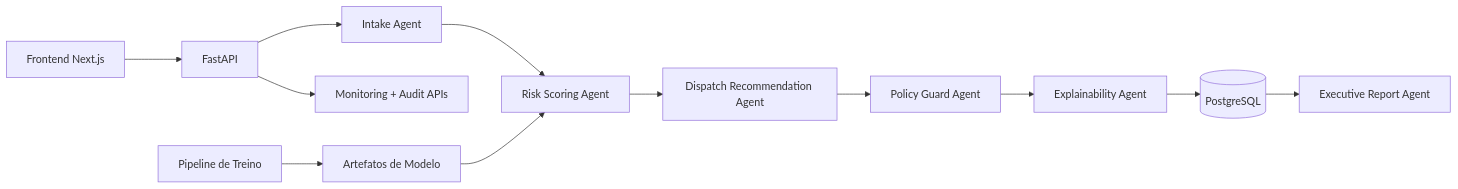
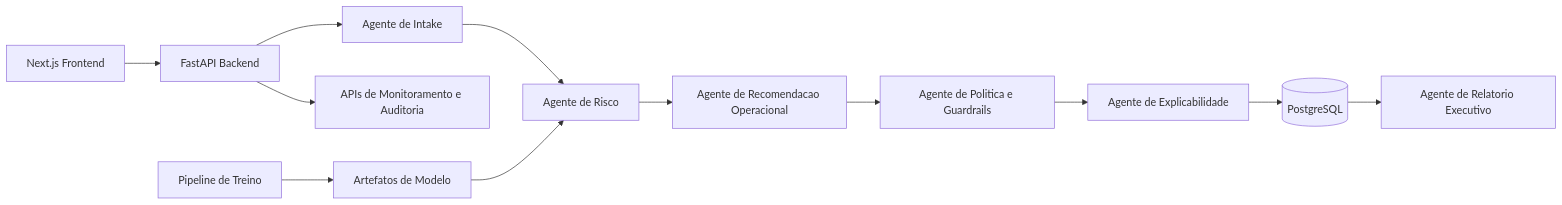
The diagram in README.md (murylomarques/FieldOps-Sentinel-AI), drawn with Mermaid before and after one commit. The commit also changed other lines of this file and 3 other files, not shown here.

````diff
--- a/README.md
+++ b/README.md
@@ -28,14 +33,14 @@
 ```mermaid
 flowchart LR
-  UI[Frontend Next.js] --> API[FastAPI]
-  API --> IA[Intake Agent]
-  IA --> RS[Risk Scoring Agent]
-  RS --> DR[Dispatch Recommendation Agent]
-  DR --> PG[Policy Guard Agent]
-  PG --> EX[Explainability Agent]
+  UI[Next.js Frontend] --> API[FastAPI Backend]
+  API --> IA[Agente de Intake]
+  IA --> RS[Agente de Risco]
+  RS --> DR[Agente de Recomendacao Operacional]
+  DR --> PG[Agente de Politica e Guardrails]
+  PG --> EX[Agente de Explicabilidade]
   EX --> DB[(PostgreSQL)]
-  DB --> ER[Executive Report Agent]
-  API --> MON[Monitoring + Audit APIs]
+  DB --> ER[Agente de Relatorio Executivo]
+  API --> MON[APIs de Monitoramento e Auditoria]
   ML[Pipeline de Treino] --> ART[Artefatos de Modelo]
   ART --> RS
 ```
````
